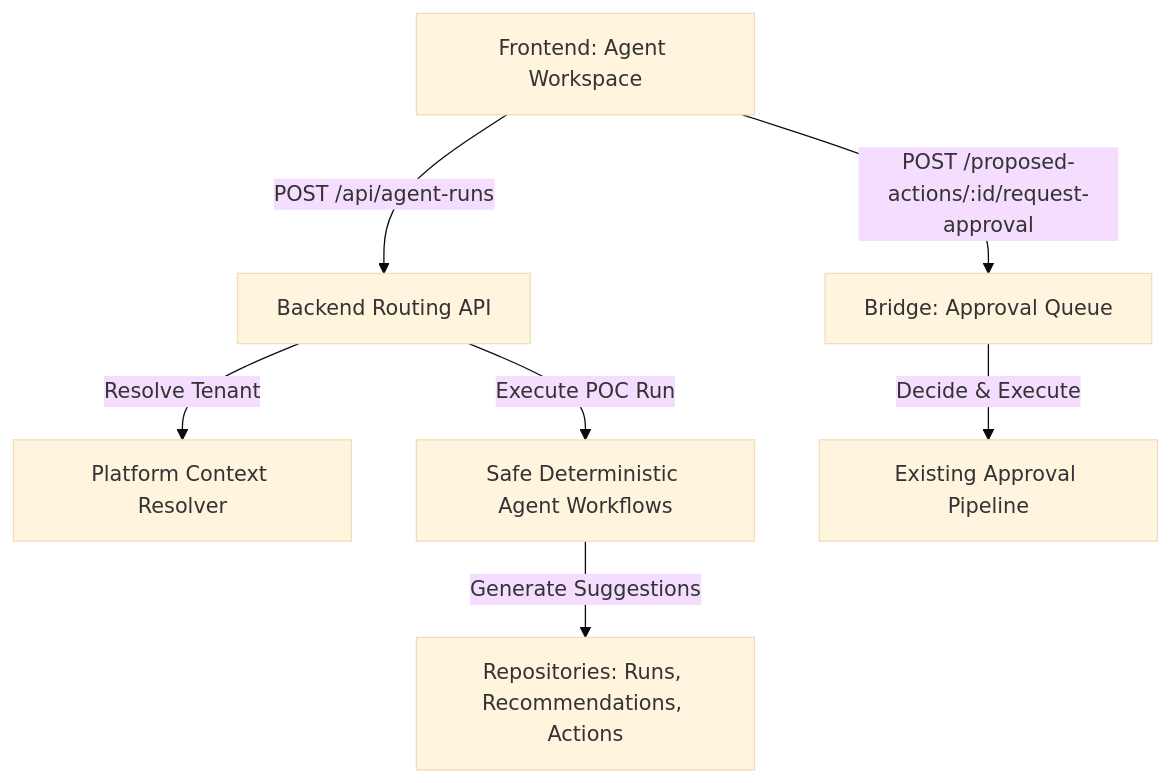
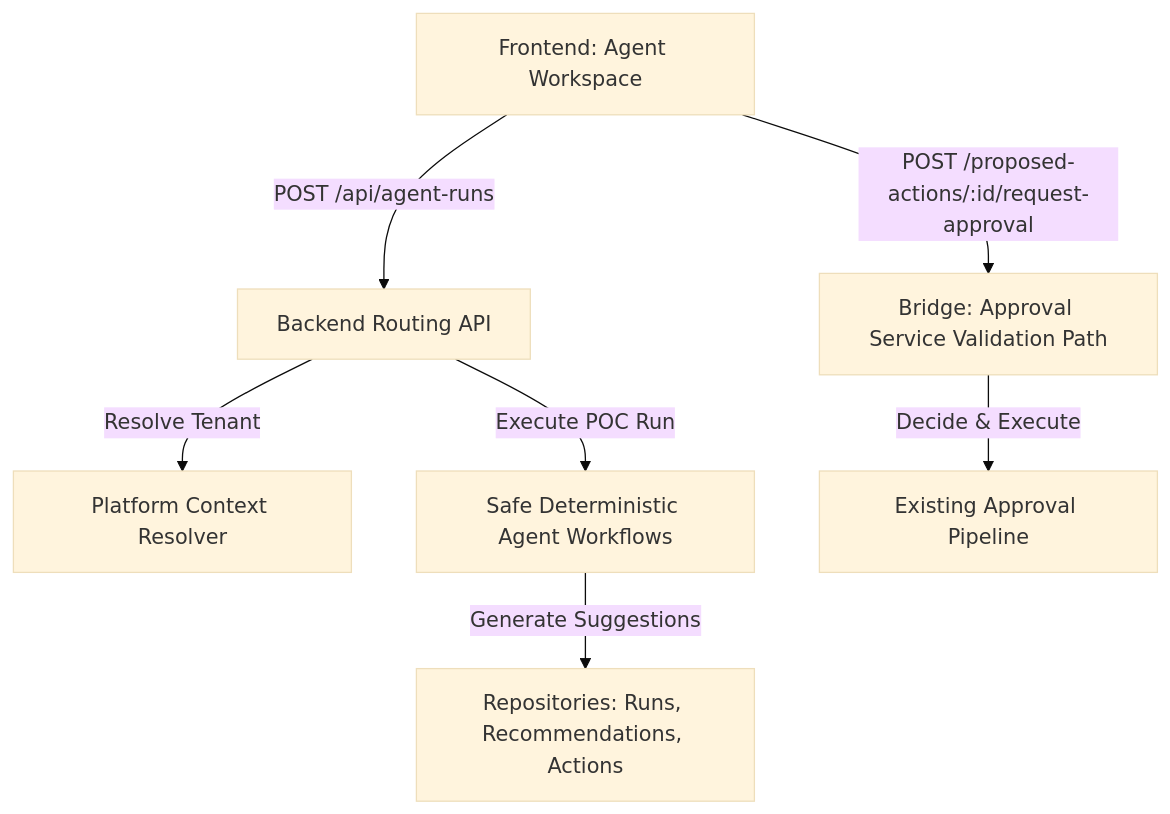
Before and after one commit to iblustein/softify: the diagram in docs/phases/phase-10.9/IMPLEMENTATION_PLAN.md, drawn with Mermaid (base theme). The commit also changed other lines of this file, not shown here.

Commit message:
docs: revise phase 10.9 implementation plan based on architecture review

````diff
--- a/docs/phases/phase-10.9/IMPLEMENTATION_PLAN.md
+++ b/docs/phases/phase-10.9/IMPLEMENTATION_PLAN.md
@@ -34,9 +35,9 @@
 ```mermaid
 graph TD
     A[Frontend: Agent Workspace] -->|POST /api/agent-runs| B[Backend Routing API]
     B -->|Resolve Tenant| C[Platform Context Resolver]
     B -->|Execute POC Run| D[Safe Deterministic Agent Workflows]
     D -->|Generate Suggestions| E[Repositories: Runs, Recommendations, Actions]
-    A -->|POST /proposed-actions/:id/request-approval| F[Bridge: Approval Queue]
+    A -->|POST /proposed-actions/:id/request-approval| F[Bridge: Approval Service Validation Path]
     F -->|Decide & Execute| G[Existing Approval Pipeline]
 ```
````
